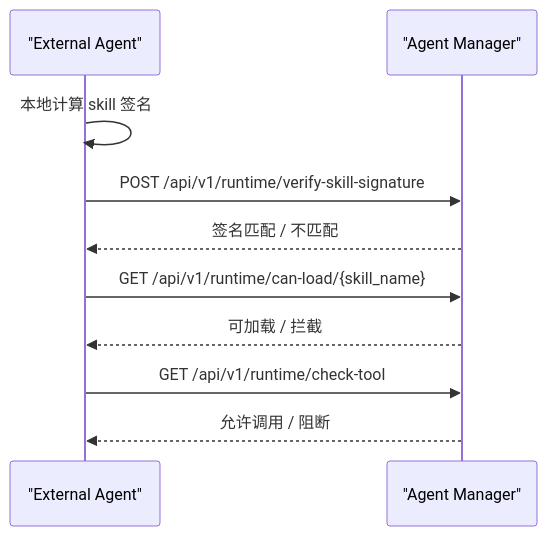
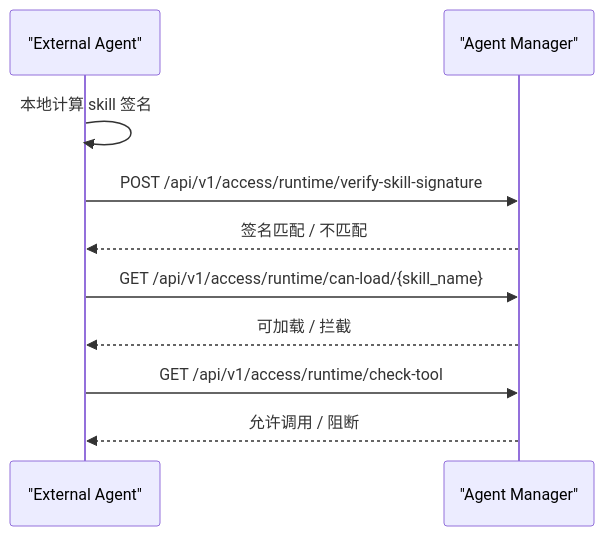
Before and after one commit to HuangLuGuang/skill-manager: the fifth of 5 diagrams in docs/project-guide.md, drawn with Mermaid. The commit also changed other lines of this file and 44 other files, not shown here.

````diff
--- a/docs/project-guide.md
+++ b/docs/project-guide.md
@@ -625,13 +717,13 @@
 ```mermaid
 sequenceDiagram
     participant Agent as "External Agent"
     participant SM as "Agent Manager"
 
     Agent->>Agent: 本地计算 skill 签名
-    Agent->>SM: POST /api/v1/runtime/verify-skill-signature
+    Agent->>SM: POST /api/v1/access/runtime/verify-skill-signature
     SM-->>Agent: 签名匹配 / 不匹配
-    Agent->>SM: GET /api/v1/runtime/can-load/{skill_name}
+    Agent->>SM: GET /api/v1/access/runtime/can-load/{skill_name}
     SM-->>Agent: 可加载 / 拦截
-    Agent->>SM: GET /api/v1/runtime/check-tool
+    Agent->>SM: GET /api/v1/access/runtime/check-tool
     SM-->>Agent: 允许调用 / 阻断
 ```
````
